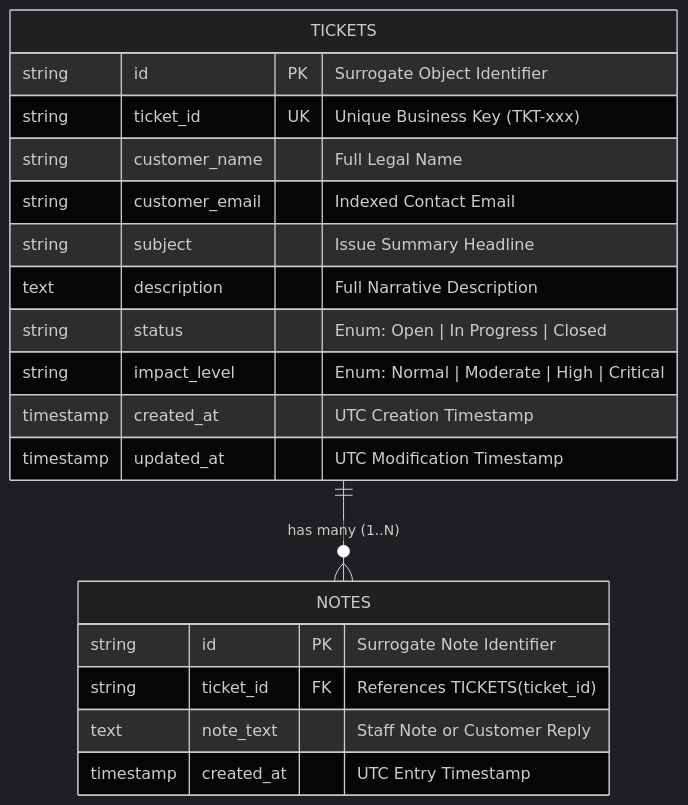
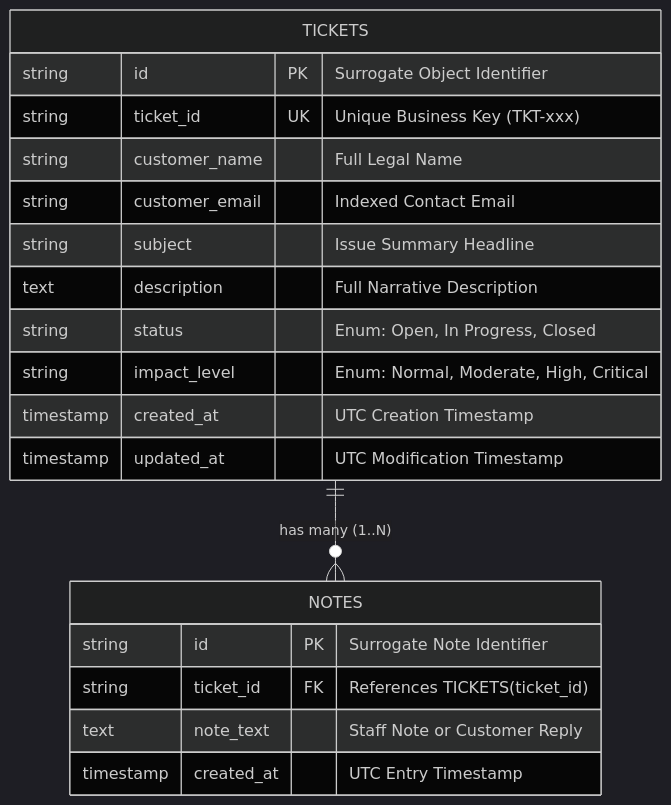
Before and after one commit to SarthakDudhe/DataStraw: the fourth of 4 diagrams in README.md, drawn with Mermaid (dark theme). The commit also changed other lines of this file, not shown here.

Commit message:
fix(docs): resolve Mermaid syntax parse error on GitHub by eliminating semicolons and unescaped operators

````diff
--- a/README.md
+++ b/README.md
@@ -252,22 +252,22 @@
 ```mermaid
 erDiagram
     TICKETS ||--o{ NOTES : "has many (1..N)"
     TICKETS {
         string id PK "Surrogate Object Identifier"
         string ticket_id UK "Unique Business Key (TKT-xxx)"
         string customer_name "Full Legal Name"
         string customer_email "Indexed Contact Email"
         string subject "Issue Summary Headline"
         text description "Full Narrative Description"
-        string status "Enum: Open | In Progress | Closed"
-        string impact_level "Enum: Normal | Moderate | High | Critical"
+        string status "Enum: Open, In Progress, Closed"
+        string impact_level "Enum: Normal, Moderate, High, Critical"
         timestamp created_at "UTC Creation Timestamp"
         timestamp updated_at "UTC Modification Timestamp"
     }
     NOTES {
         string id PK "Surrogate Note Identifier"
         string ticket_id FK "References TICKETS(ticket_id)"
         text note_text "Staff Note or Customer Reply"
         timestamp created_at "UTC Entry Timestamp"
     }
 ```
````
